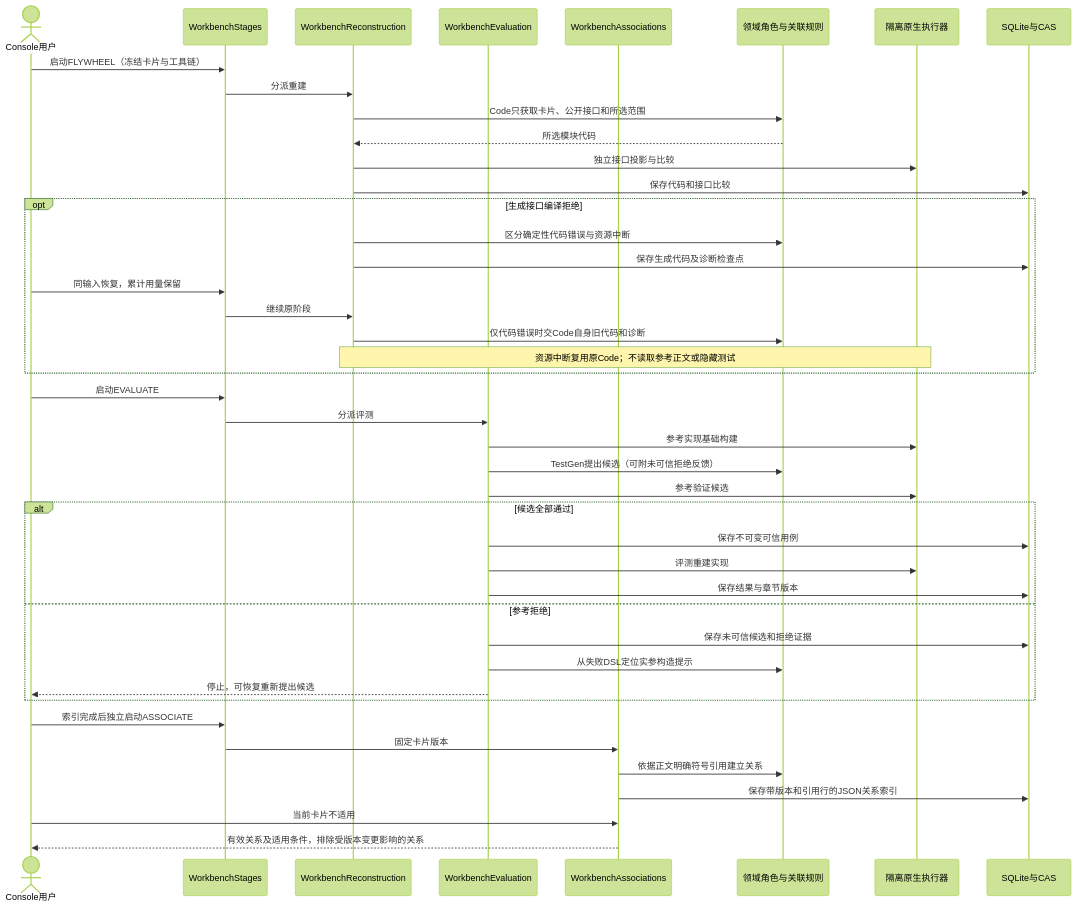
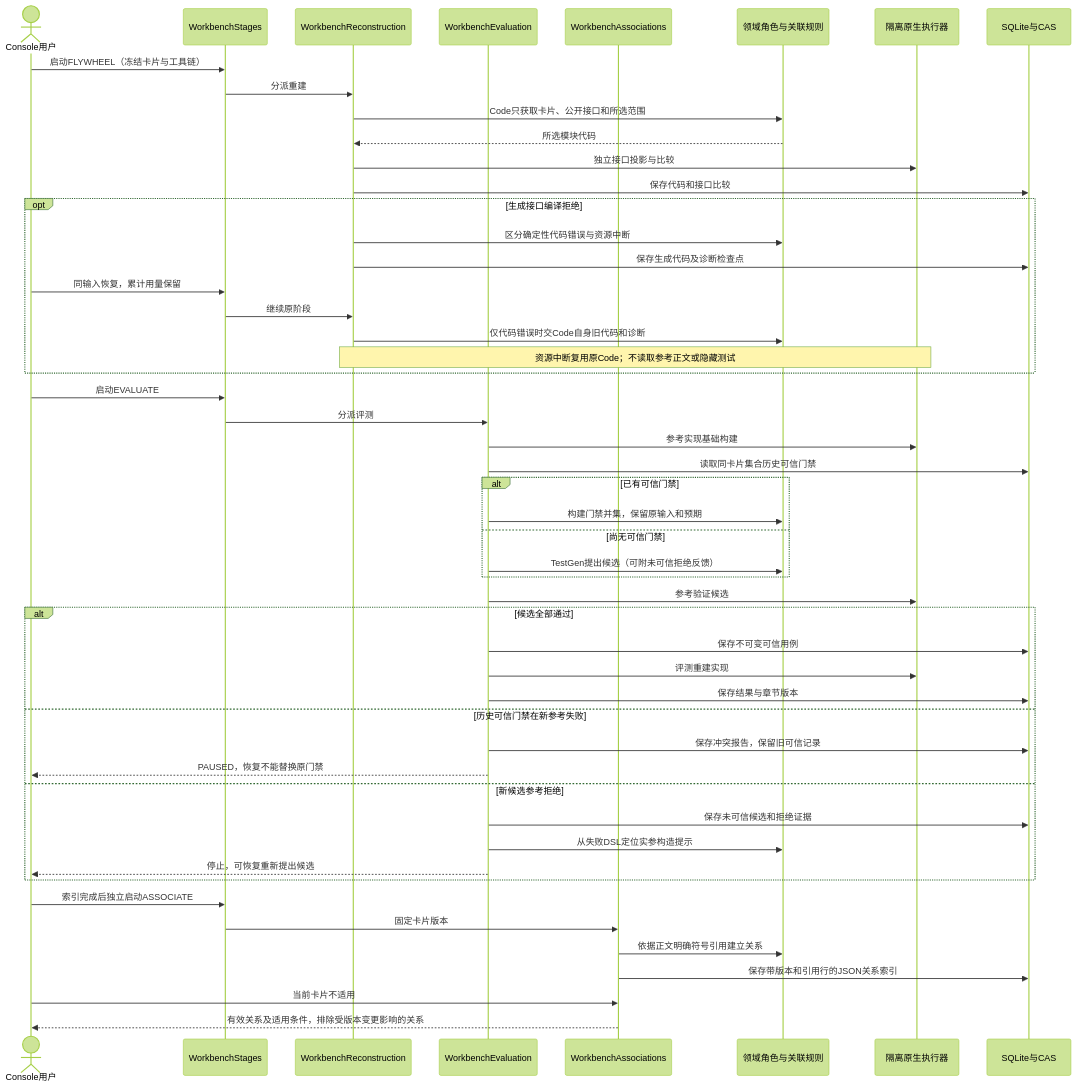
The seventh of 7 diagrams in docs/diagrams/Views4Plus1.md (linlisWorkTeam/domain-knowledge), drawn with Mermaid (forest theme) before and after one commit. The commit also changed 18 other files, not shown here.

````diff
--- a/docs/diagrams/Views4Plus1.md
+++ b/docs/diagrams/Views4Plus1.md
@@ -157,45 +157,53 @@
 ```mermaid
 sequenceDiagram
   actor U as Console用户
   participant W as WorkbenchStages
   participant R as WorkbenchReconstruction
   participant E as WorkbenchEvaluation
   participant A as WorkbenchAssociations
   participant D as 领域角色与关联规则
   participant N as 隔离原生执行器
   participant S as SQLite与CAS
   U->>W: 启动FLYWHEEL（冻结卡片与工具链）
   W->>R: 分派重建
   R->>D: Code只获取卡片、公开接口和所选范围
   D-->>R: 所选模块代码
   R->>N: 独立接口投影与比较
   R->>S: 保存代码和接口比较
   opt 生成接口编译拒绝
     R->>D: 区分确定性代码错误与资源中断
     R->>S: 保存生成代码及诊断检查点
     U->>W: 同输入恢复，累计用量保留
     W->>R: 继续原阶段
     R->>D: 仅代码错误时交Code自身旧代码和诊断
     Note over R,N: 资源中断复用原Code；不读取参考正文或隐藏测试
   end
   U->>W: 启动EVALUATE
   W->>E: 分派评测
   E->>N: 参考实现基础构建
-  E->>D: TestGen提出候选（可附未可信拒绝反馈）
+  E->>S: 读取同卡片集合历史可信门禁
+  alt 已有可信门禁
+    E->>D: 构建门禁并集，保留原输入和预期
+  else 尚无可信门禁
+    E->>D: TestGen提出候选（可附未可信拒绝反馈）
+  end
   E->>N: 参考验证候选
   alt 候选全部通过
     E->>S: 保存不可变可信用例
     E->>N: 评测重建实现
     E->>S: 保存结果与章节版本
-  else 参考拒绝
+  else 历史可信门禁在新参考失败
+    E->>S: 保存冲突报告，保留旧可信记录
+    E-->>U: PAUSED，恢复不能替换原门禁
+  else 新候选参考拒绝
     E->>S: 保存未可信候选和拒绝证据
     E->>D: 从失败DSL定位实参构造提示
     E-->>U: 停止，可恢复重新提出候选
   end
   U->>W: 索引完成后独立启动ASSOCIATE
   W->>A: 固定卡片版本
   A->>D: 依据正文明确符号引用建立关系
   A->>S: 保存带版本和引用行的JSON关系索引
   U->>A: 当前卡片不适用
   A-->>U: 有效关系及适用条件，排除受版本变更影响的关系
 ```
````
